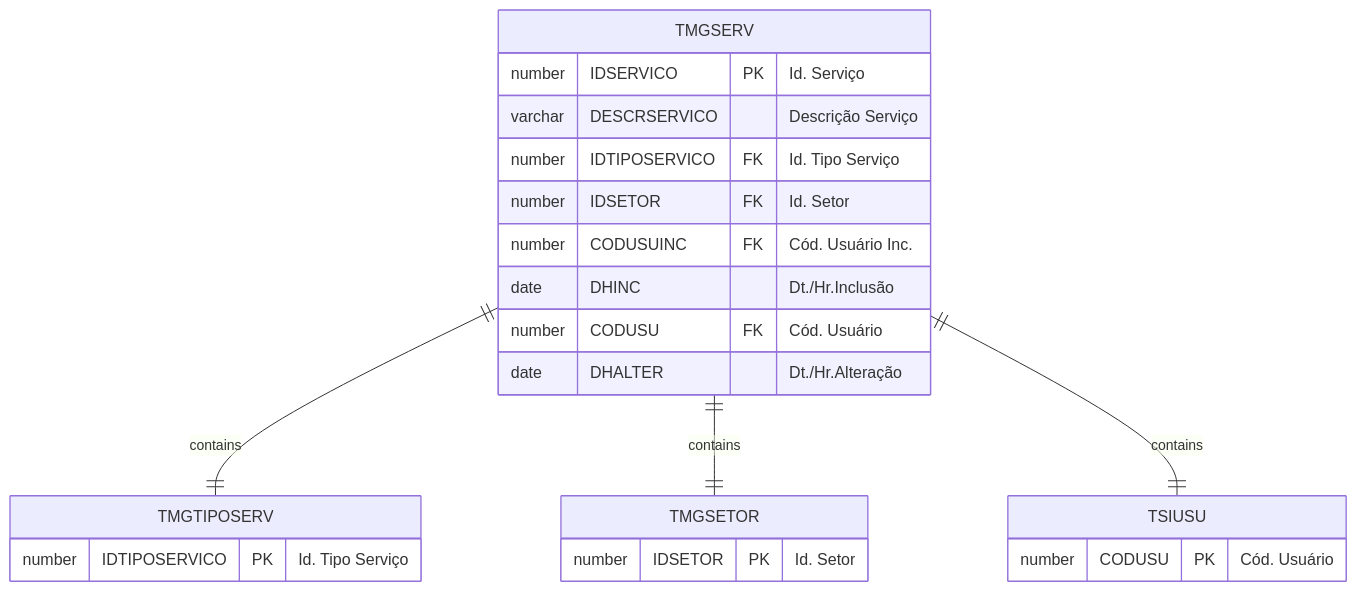
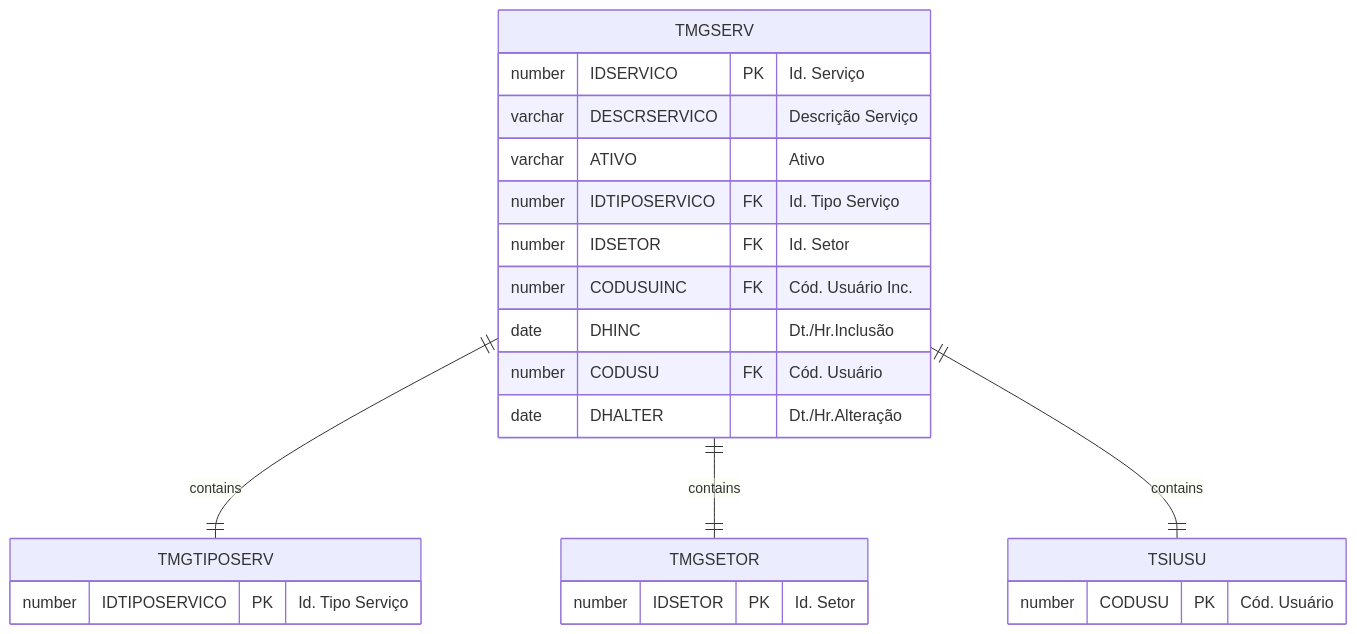
Before and after one commit to cbmsoft/margrandocs: the diagram in docs/_database/TMGSERV.md, drawn with Mermaid. The commit also changed 3 other files, not shown here.

````diff
--- a/docs/_database/TMGSERV.md
+++ b/docs/_database/TMGSERV.md
@@ -41,26 +41,27 @@
 ```mermaid
 erDiagram
     TMGSERV ||--|| TMGTIPOSERV : contains
     TMGSERV ||--|| TMGSETOR : contains
     TMGSERV ||--|| TSIUSU : contains
 
 	TMGSERV {
 		number IDSERVICO PK "Id. Serviço"
         varchar DESCRSERVICO "Descrição Serviço"
+        varchar ATIVO "Ativo"
 		number IDTIPOSERVICO FK "Id. Tipo Serviço"
 		number IDSETOR FK "Id. Setor"
         number CODUSUINC FK "Cód. Usuário Inc."
         date DHINC "Dt./Hr.Inclusão"
         number CODUSU FK "Cód. Usuário"
         date DHALTER "Dt./Hr.Alteração"
 	}
 	TMGTIPOSERV {
 		number IDTIPOSERVICO PK "Id. Tipo Serviço"
 	}
 	TMGSETOR {
 		number IDSETOR PK "Id. Setor"
 	}
     TSIUSU {
         number CODUSU PK "Cód. Usuário"
     }
 ```
````
